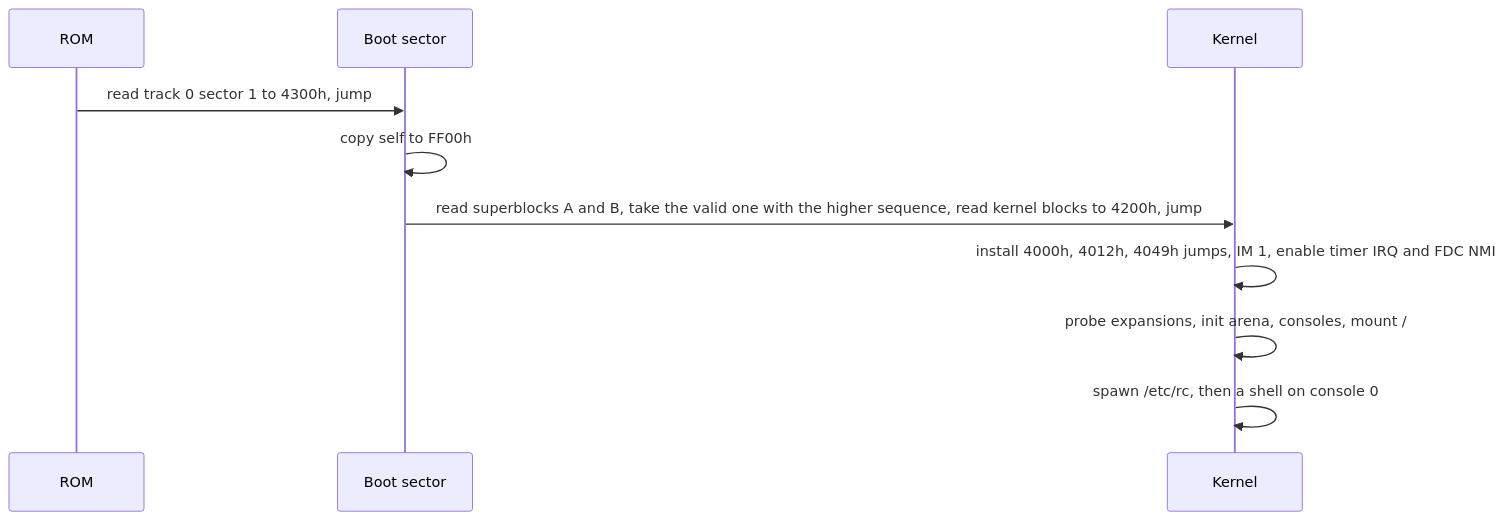
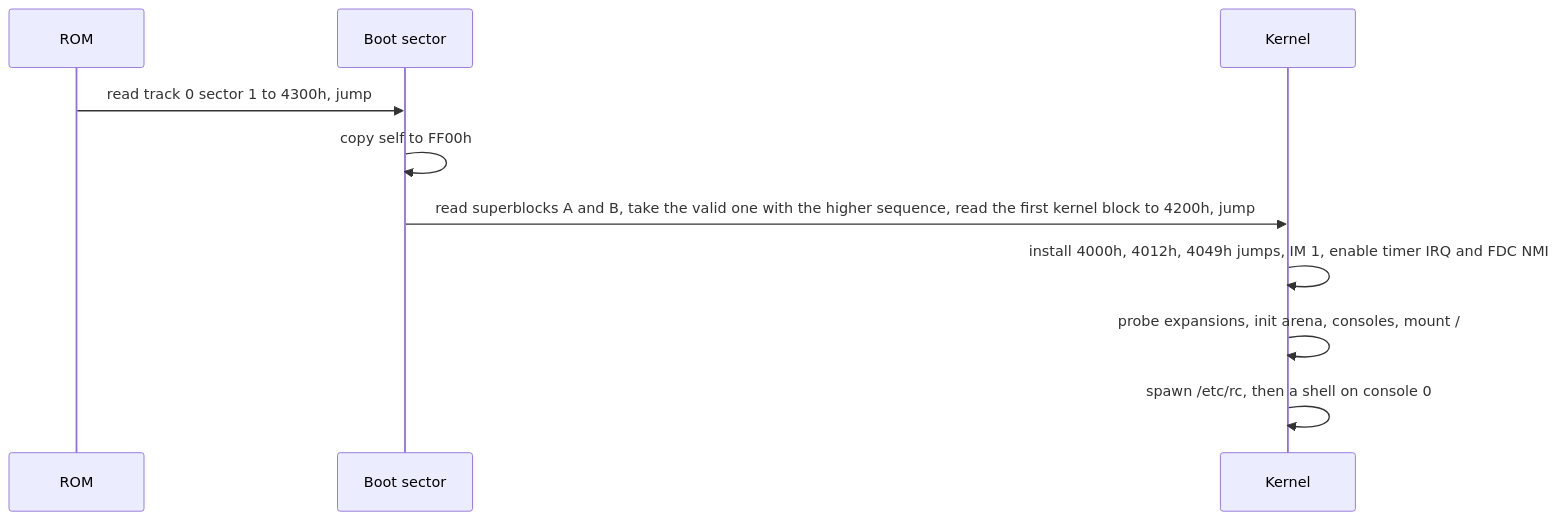
Before and after one commit to fredimachado/cp500-os: the diagram in docs/design.md, drawn with Mermaid. The commit also changed other lines of this file and 12 other files, not shown here.

````diff
--- a/docs/design.md
+++ b/docs/design.md
@@ -627,12 +654,12 @@
 ```mermaid
 sequenceDiagram
     participant ROM
     participant Boot as Boot sector
     participant Kernel
     ROM->>Boot: read track 0 sector 1 to 4300h, jump
     Boot->>Boot: copy self to FF00h
-    Boot->>Kernel: read superblocks A and B, take the valid one with the higher sequence, read kernel blocks to 4200h, jump
+    Boot->>Kernel: read superblocks A and B, take the valid one with the higher sequence, read the first kernel block to 4200h, jump
     Kernel->>Kernel: install 4000h, 4012h, 4049h jumps, IM 1, enable timer IRQ and FDC NMI
     Kernel->>Kernel: probe expansions, init arena, consoles, mount /
     Kernel->>Kernel: spawn /etc/rc, then a shell on console 0
 ```
````
